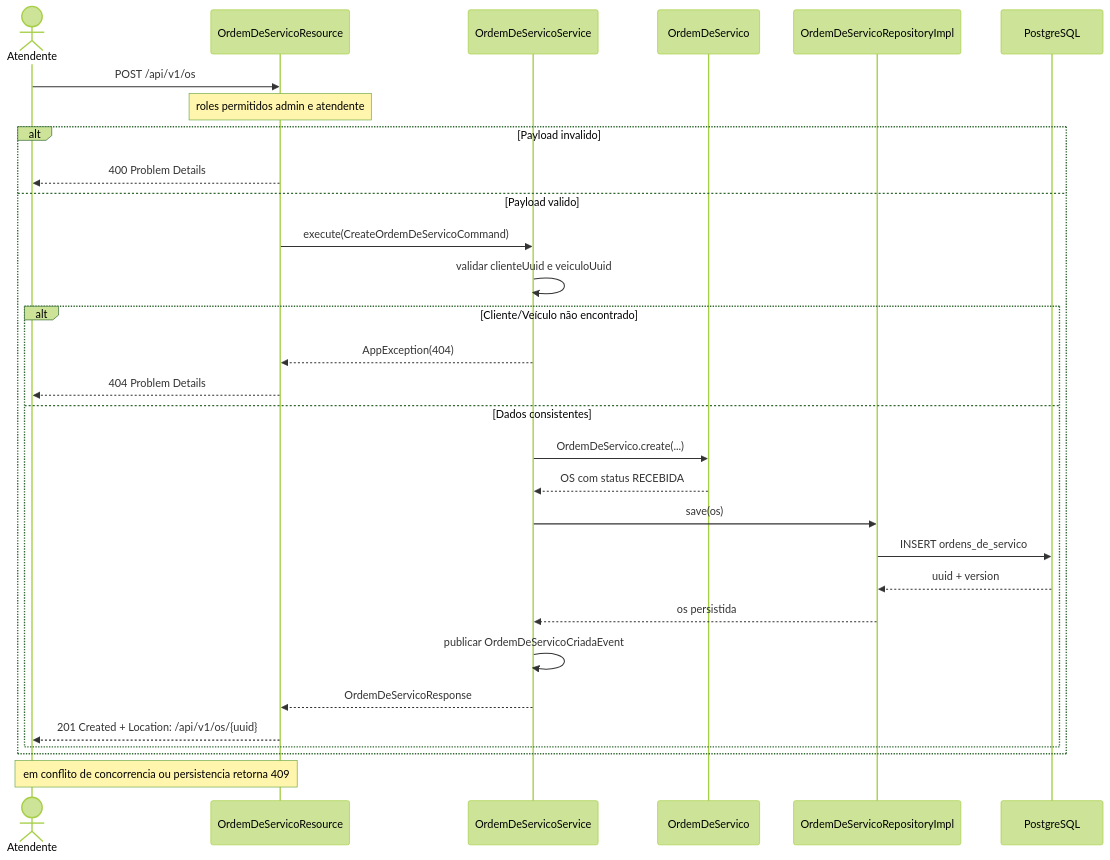
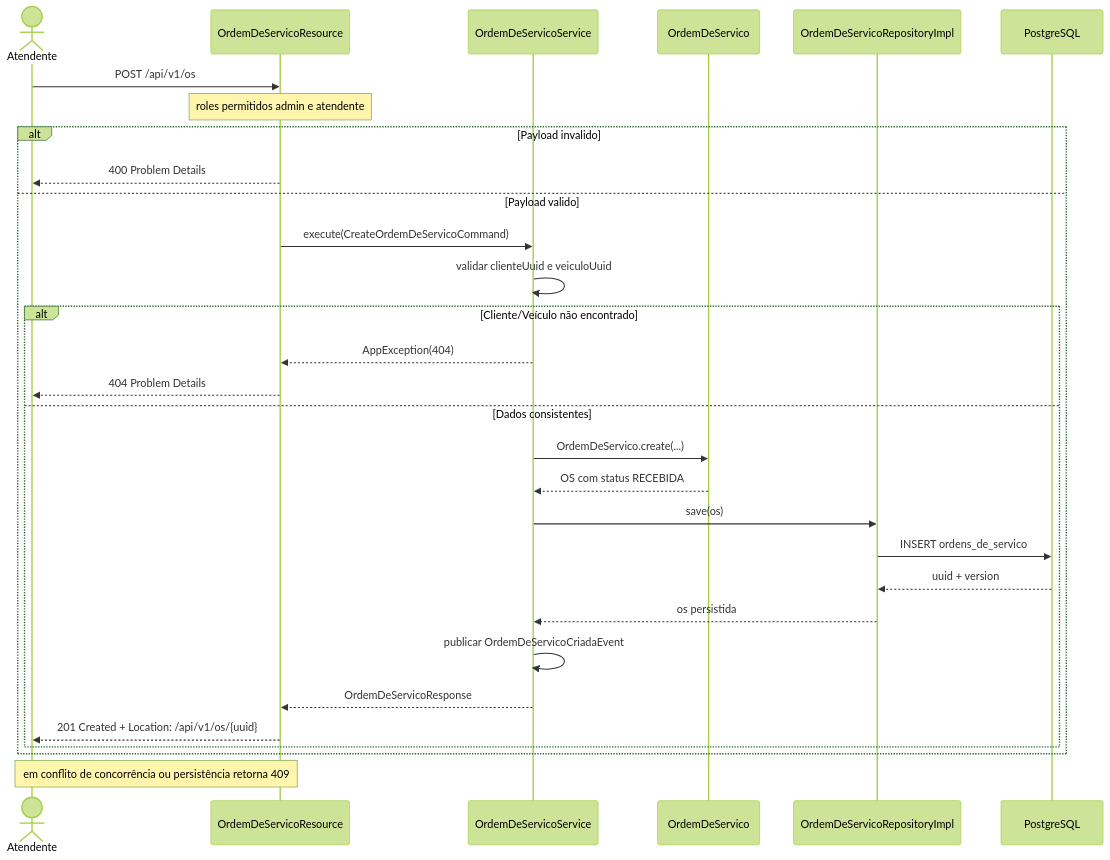
Before and after one commit to FIAP-SOFTWARE-ARCHITECTURE-TEAM/Mekano-API: the diagram in docs/sequence-diagrams/criar-os.md, drawn with Mermaid (forest theme). The commit also changed 2 other files, not shown here.

Commit message:
Fix review comments on sequence diagram accentuation

````diff
--- a/docs/sequence-diagrams/criar-os.md
+++ b/docs/sequence-diagrams/criar-os.md
@@ -5,38 +5,38 @@
 ```mermaid
 sequenceDiagram
     actor Atendente
     participant API as OrdemDeServicoResource
     participant App as OrdemDeServicoService
     participant Domain as OrdemDeServico
     participant Repo as OrdemDeServicoRepositoryImpl
     participant DB as PostgreSQL
 
     Atendente->>API: POST /api/v1/os
     Note over API: roles permitidos admin e atendente
 
     alt Payload invalido
         API-->>Atendente: 400 Problem Details
     else Payload valido
         API->>App: execute(CreateOrdemDeServicoCommand)
         App->>App: validar clienteUuid e veiculoUuid
 
         alt Cliente/Veículo não encontrado
             App-->>API: AppException(404)
             API-->>Atendente: 404 Problem Details
         else Dados consistentes
             App->>Domain: OrdemDeServico.create(...)
             Domain-->>App: OS com status RECEBIDA
 
             App->>Repo: save(os)
             Repo->>DB: INSERT ordens_de_servico
             DB-->>Repo: uuid + version
             Repo-->>App: os persistida
 
             App->>App: publicar OrdemDeServicoCriadaEvent
             App-->>API: OrdemDeServicoResponse
             API-->>Atendente: 201 Created + Location: /api/v1/os/{uuid}
         end
     end
 
-    Note over API,Atendente: em conflito de concorrencia ou persistencia retorna 409
+    Note over API,Atendente: em conflito de concorrência ou persistência retorna 409
 ```
````
